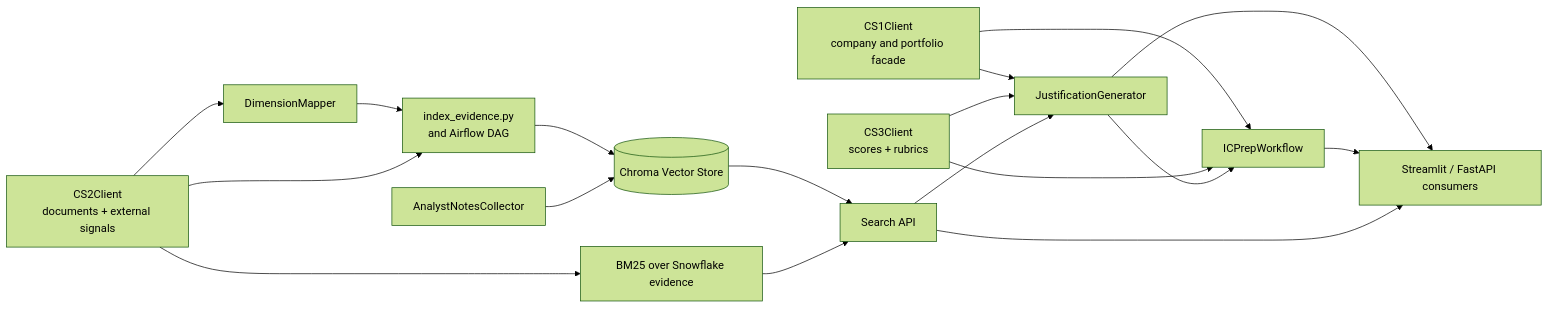
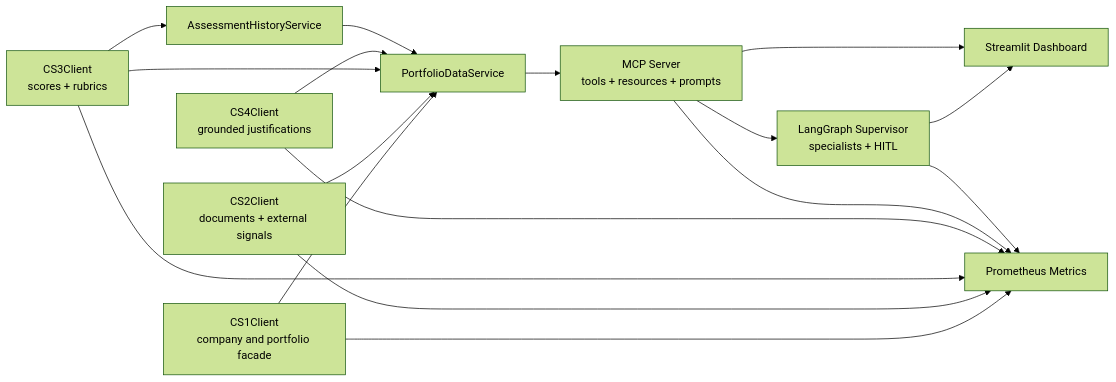
Before and after one commit to BigDataIA-Spring26-Team-1/DAMG7245-CaseStudy-05-Agentic-Portfolio-Intelligence: the diagram in pe-org-air-platform/docs/architecture.md, drawn with Mermaid (forest theme). The commit also changed other lines of this file and 4 other files, not shown here.

Commit message:
adding readme, architecture and test coverage

````diff
--- a/pe-org-air-platform/docs/architecture.md
+++ b/pe-org-air-platform/docs/architecture.md
@@ -7,33 +7,30 @@
 ```mermaid
 flowchart LR
     CS1[CS1Client<br/>company and portfolio facade]
     CS2[CS2Client<br/>documents + external signals]
     CS3[CS3Client<br/>scores + rubrics]
-    Mapper[DimensionMapper]
-    Indexer[index_evidence.py<br/>and Airflow DAG]
-    Chroma[(Chroma Vector Store)]
-    BM25[BM25 over Snowflake evidence]
-    Search[Search API]
-    Justify[JustificationGenerator]
-    IC[ICPrepWorkflow]
-    Notes[AnalystNotesCollector]
-    UI[Streamlit / FastAPI consumers]
+    CS4[CS4Client<br/>grounded justifications]
+    PDS[PortfolioDataService]
+    Hist[AssessmentHistoryService]
+    MCP[MCP Server<br/>tools + resources + prompts]
+    Agents[LangGraph Supervisor<br/>specialists + HITL]
+    Metrics[Prometheus Metrics]
+    UI[Streamlit Dashboard]
 
-    CS1 --> Justify
-    CS1 --> IC
-    CS2 --> Mapper
-    Mapper --> Indexer
-    CS2 --> Indexer
-    Indexer --> Chroma
-    CS2 --> BM25
-    CS3 --> Justify
-    CS3 --> IC
-    Chroma --> Search
-    BM25 --> Search
-    Search --> Justify
-    Justify --> IC
-    Notes --> Chroma
-    Justify --> UI
-    IC --> UI
-    Search --> UI
+    CS1 --> PDS
+    CS2 --> PDS
+    CS3 --> PDS
+    CS4 --> PDS
+    CS3 --> Hist
+    Hist --> PDS
+    PDS --> MCP
+    MCP --> Agents
+    Agents --> UI
+    MCP --> UI
+    CS1 --> Metrics
+    CS2 --> Metrics
+    CS3 --> Metrics
+    CS4 --> Metrics
+    MCP --> Metrics
+    Agents --> Metrics
 ```
````
